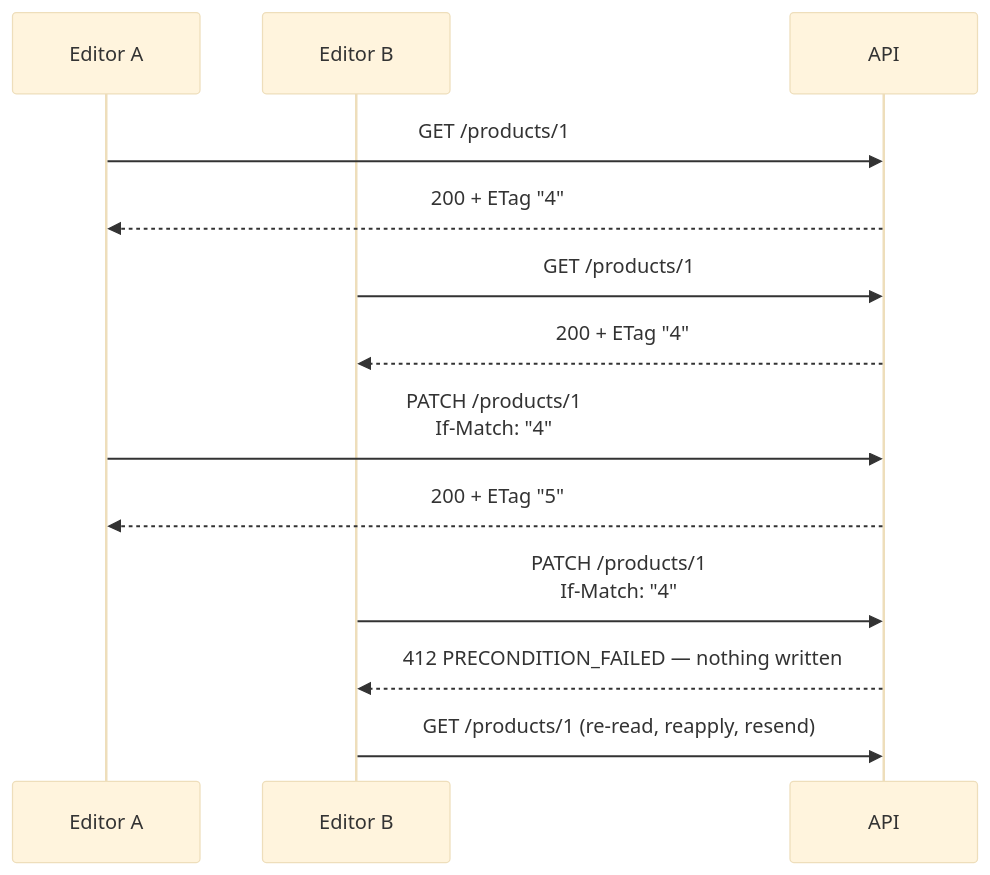
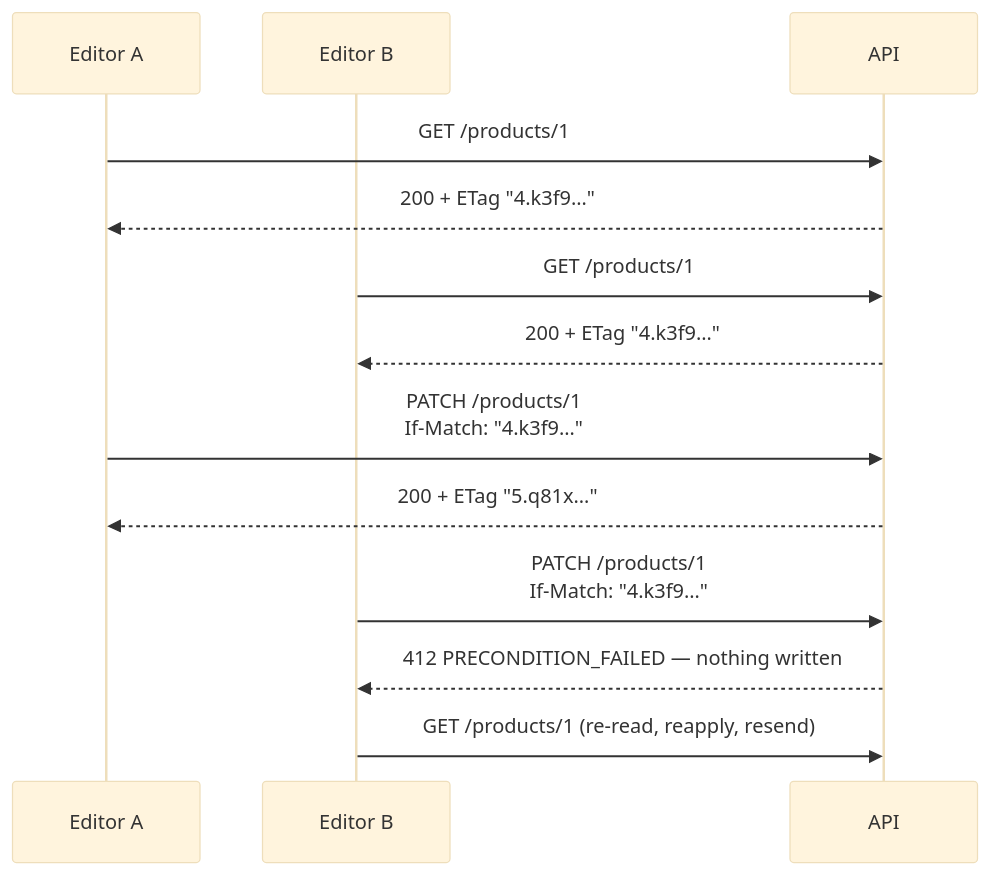
The third of 3 diagrams in docs/api/write-methods.md (Guebbit/boilerplate-node-backend), drawn with Mermaid (base theme) before and after one commit. The commit also changed other lines of this file and 19 other files, not shown here.

````diff
--- a/docs/api/write-methods.md
+++ b/docs/api/write-methods.md
@@ -397,15 +397,15 @@
 ```mermaid
 sequenceDiagram
     participant A as Editor A
     participant B as Editor B
     participant S as API
     A->>S: GET /products/1
-    S-->>A: 200 + ETag "4"
+    S-->>A: 200 + ETag "4.k3f9…"
     B->>S: GET /products/1
-    S-->>B: 200 + ETag "4"
-    A->>S: PATCH /products/1<br/>If-Match: "4"
-    S-->>A: 200 + ETag "5"
-    B->>S: PATCH /products/1<br/>If-Match: "4"
+    S-->>B: 200 + ETag "4.k3f9…"
+    A->>S: PATCH /products/1<br/>If-Match: "4.k3f9…"
+    S-->>A: 200 + ETag "5.q81x…"
+    B->>S: PATCH /products/1<br/>If-Match: "4.k3f9…"
     S-->>B: 412 PRECONDITION_FAILED — nothing written
     B->>S: GET /products/1 (re-read, reapply, resend)
 ```
````
